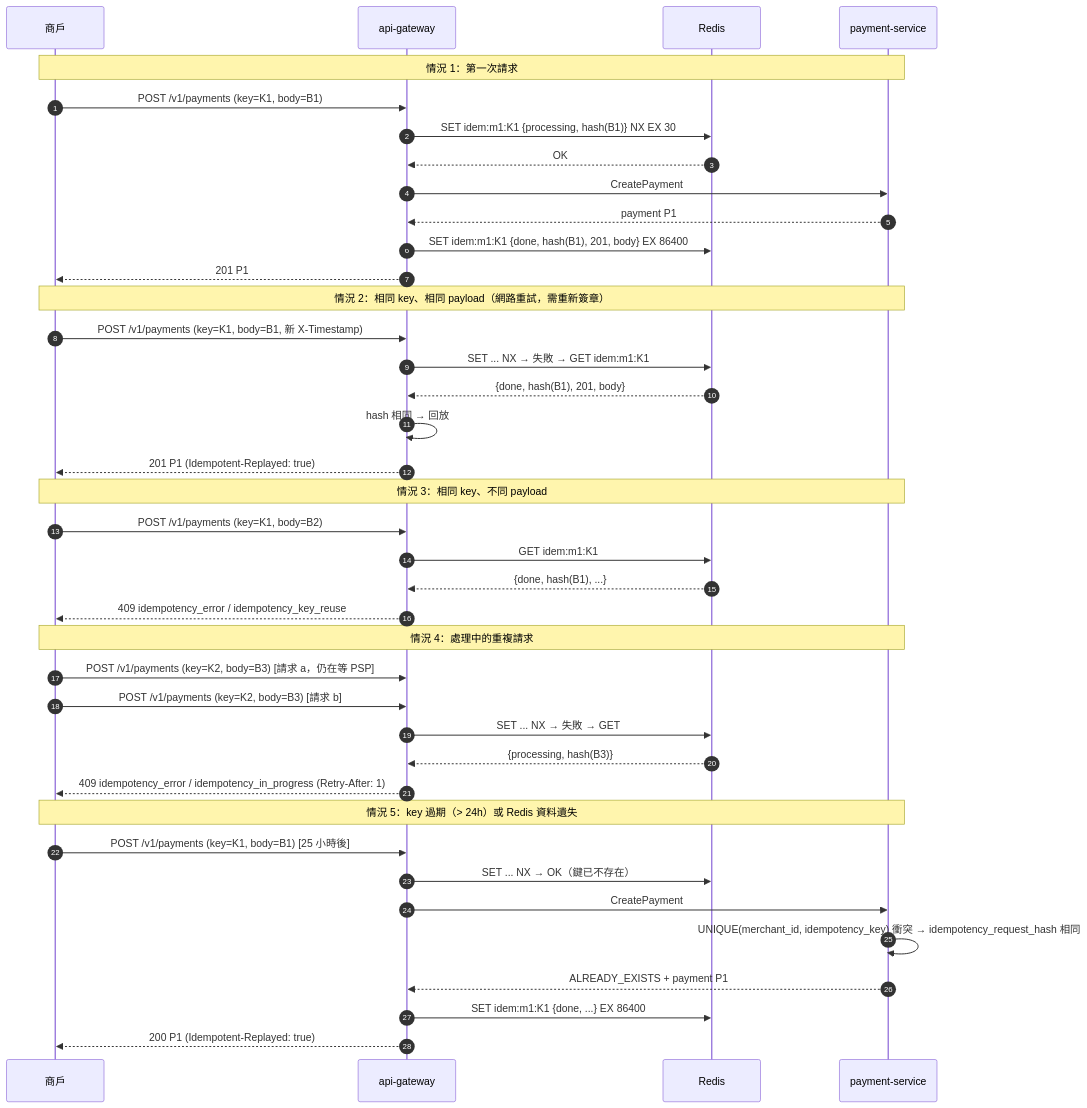
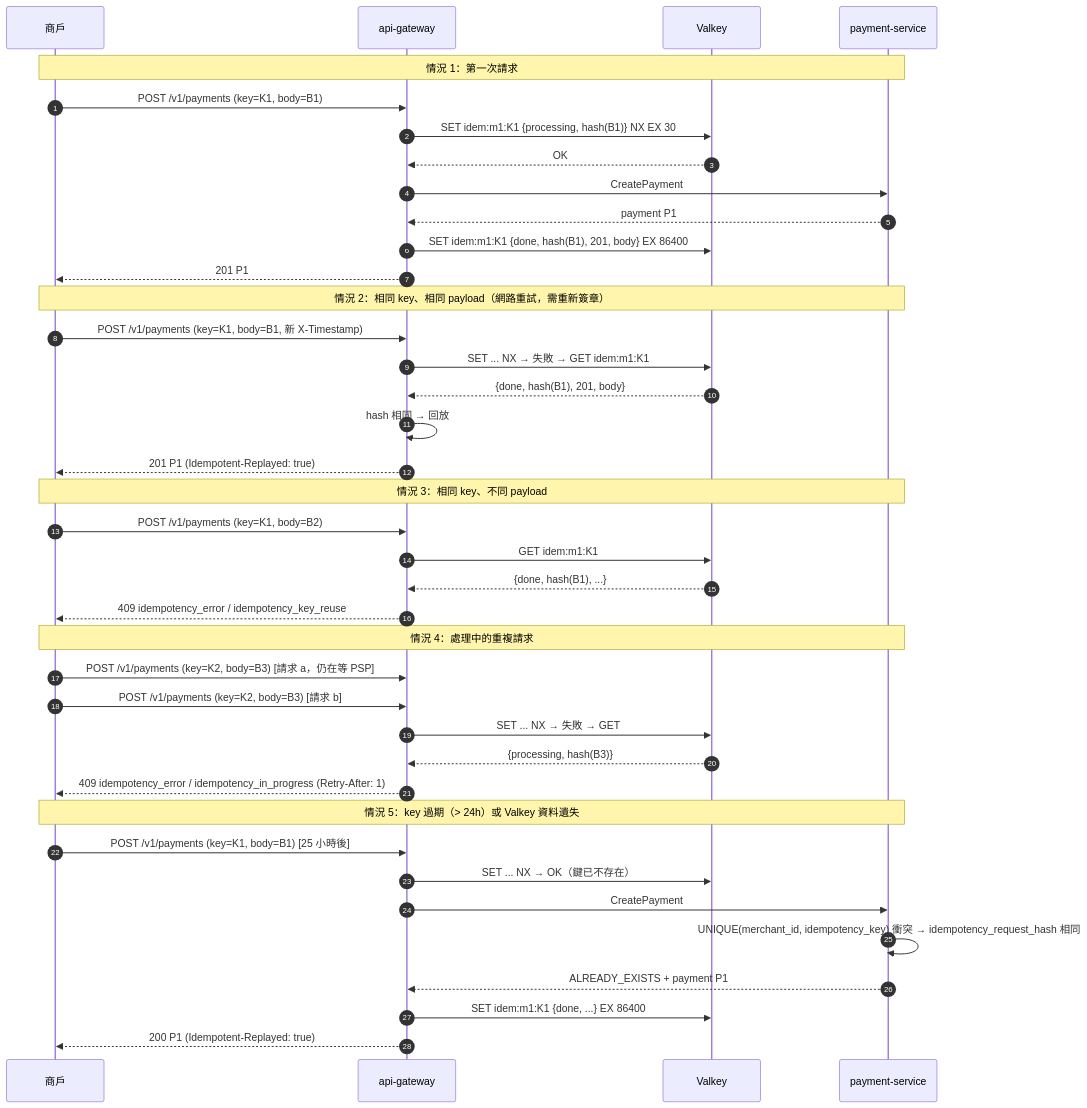
Diagram 12 of 15 in docs/05-flows-and-sequences.md (tenghongzou/PaymentGateway), drawn with Mermaid before and after one commit. The commit also changed other lines of this file and 41 other files, not shown here.

First line of the commit message:
P0: replace Redis with Valkey across code, deploy, CI and docs (ADR-0013)

````diff
--- a/docs/05-flows-and-sequences.md
+++ b/docs/05-flows-and-sequences.md
@@ -815,46 +815,46 @@
 ```mermaid
 sequenceDiagram
     autonumber
     participant M as 商戶
     participant GW as api-gateway
-    participant R as Redis
+    participant R as Valkey
     participant PS as payment-service
 
     Note over M,PS: 情況 1：第一次請求
     M->>GW: POST /v1/payments (key=K1, body=B1)
     GW->>R: SET idem:m1:K1 {processing, hash(B1)} NX EX 30
     R-->>GW: OK
     GW->>PS: CreatePayment
     PS-->>GW: payment P1
     GW->>R: SET idem:m1:K1 {done, hash(B1), 201, body} EX 86400
     GW-->>M: 201 P1
 
     Note over M,PS: 情況 2：相同 key、相同 payload（網路重試，需重新簽章）
     M->>GW: POST /v1/payments (key=K1, body=B1, 新 X-Timestamp)
     GW->>R: SET ... NX → 失敗 → GET idem:m1:K1
     R-->>GW: {done, hash(B1), 201, body}
     GW->>GW: hash 相同 → 回放
     GW-->>M: 201 P1 (Idempotent-Replayed: true)
 
     Note over M,PS: 情況 3：相同 key、不同 payload
     M->>GW: POST /v1/payments (key=K1, body=B2)
     GW->>R: GET idem:m1:K1
     R-->>GW: {done, hash(B1), ...}
     GW-->>M: 409 idempotency_error / idempotency_key_reuse
 
     Note over M,PS: 情況 4：處理中的重複請求
     M->>GW: POST /v1/payments (key=K2, body=B3)  [請求 a，仍在等 PSP]
     M->>GW: POST /v1/payments (key=K2, body=B3)  [請求 b]
     GW->>R: SET ... NX → 失敗 → GET
     R-->>GW: {processing, hash(B3)}
     GW-->>M: 409 idempotency_error / idempotency_in_progress (Retry-After: 1)
 
-    Note over M,PS: 情況 5：key 過期（> 24h）或 Redis 資料遺失
+    Note over M,PS: 情況 5：key 過期（> 24h）或 Valkey 資料遺失
     M->>GW: POST /v1/payments (key=K1, body=B1)  [25 小時後]
     GW->>R: SET ... NX → OK（鍵已不存在）
     GW->>PS: CreatePayment
     PS->>PS: UNIQUE(merchant_id, idempotency_key) 衝突 → idempotency_request_hash 相同
     PS-->>GW: ALREADY_EXISTS + payment P1
     GW->>R: SET idem:m1:K1 {done, ...} EX 86400
     GW-->>M: 200 P1 (Idempotent-Replayed: true)
 ```
````
